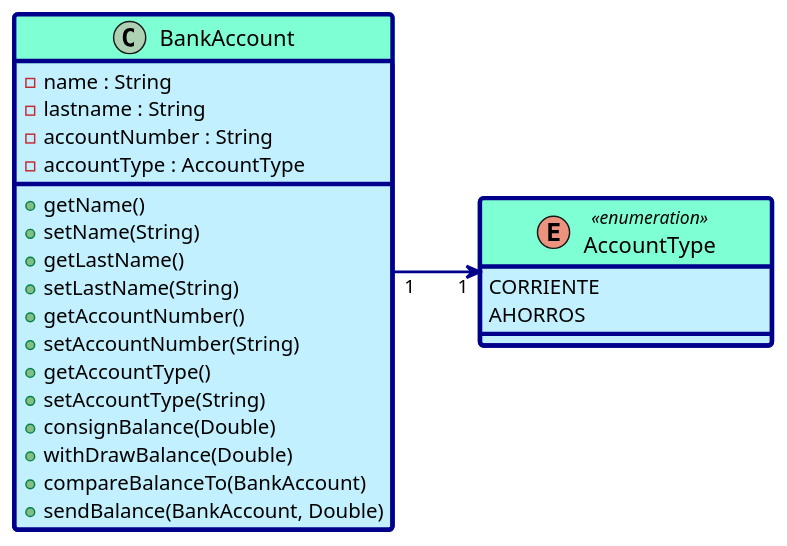
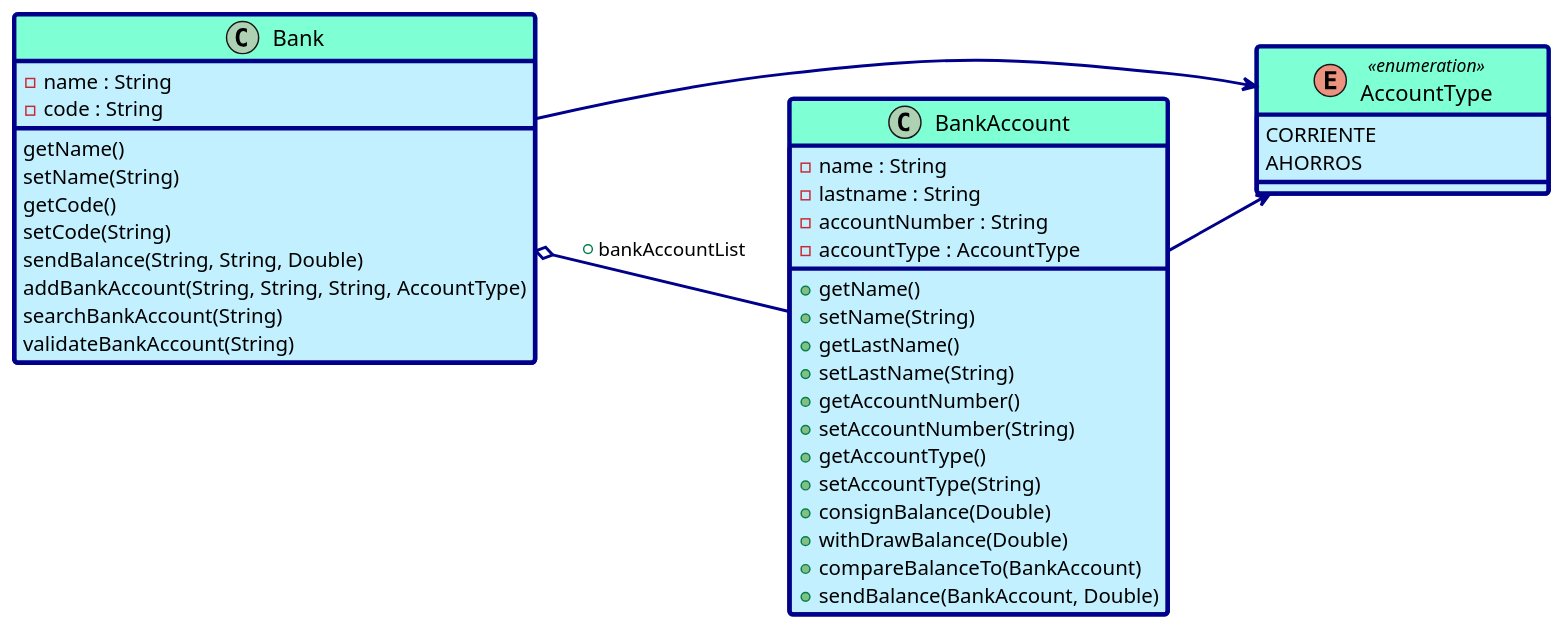
Before and after one commit to odiador/uq-2023-1-prog2: the diagram in Taller 1/modelo/Diagrama de Clases ejercicio 2 y 3.plantuml, drawn with PlantUML. The commit also changed 4 other files, not shown here.

```diff
--- a/Taller 1/modelo/Diagrama de Clases ejercicio 2 y 3.plantuml
+++ b/Taller 1/modelo/Diagrama de Clases ejercicio 2 y 3.plantuml
@@ -1,42 +1,56 @@
 @startuml Diagram
 
 skinparam Class {
     FontName Arial
     FontSize 15
 
     BorderColor DarkBlue
     BackgroundColor APPLICATION
     BorderThickness 3
     ArrowColor DarkBlue
     ArrowThickness 2
     HeaderBackgroundColor Aquamarine
 }
 skinparam MinClassWidth 200
 
 enum AccountType <<enumeration>> {
     CORRIENTE
     AHORROS
 }
+class Bank {
+    -name : String
+    -code : String
+    getName()
+    setName(String)
+    getCode()
+    setCode(String)
+    sendBalance(String, String, Double)
+    addBankAccount(String, String, String, AccountType)
+    searchBankAccount(String)
+    validateBankAccount(String)
 
+}
 class BankAccount {
     -name : String
     -lastname : String
     -accountNumber : String
     -accountType : AccountType
 
     +getName()
     +setName(String)
     +getLastName()
     +setLastName(String)
     +getAccountNumber()
     +setAccountNumber(String)
     +getAccountType()
     +setAccountType(String)
     +consignBalance(Double)
     +withDrawBalance(Double)
     +compareBalanceTo(BankAccount)
     +sendBalance(BankAccount, Double)
 }
 left to right direction
-BankAccount "1" --> "1" AccountType
+Bank o-- BankAccount : +bankAccountList
+Bank -->  AccountType
+BankAccount -->  AccountType
 @enduml
```
